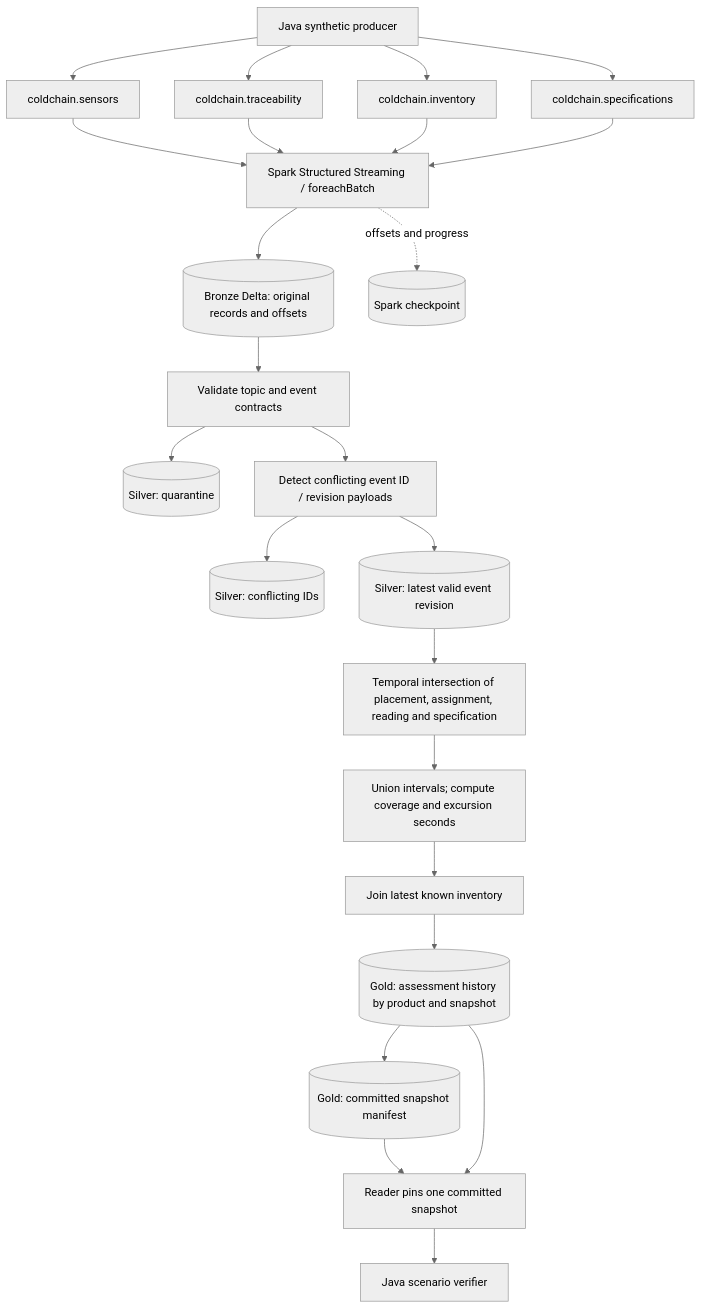
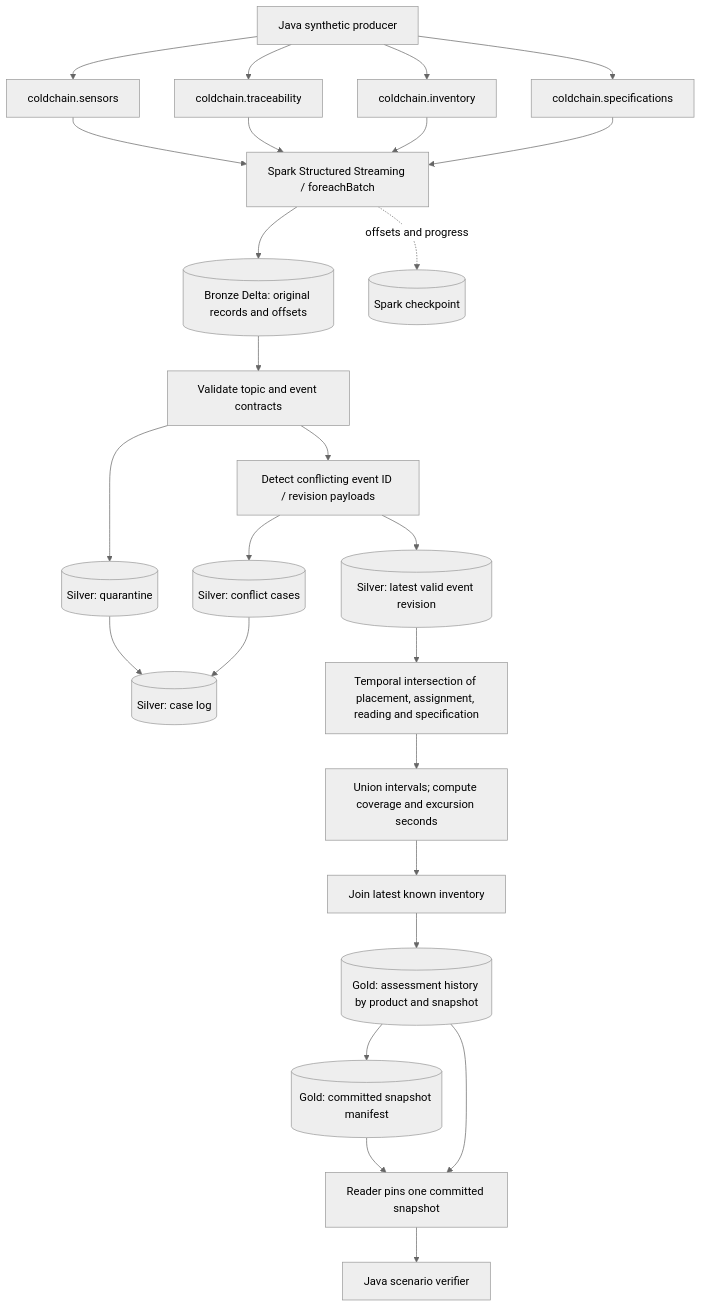
One commit to rmansoor/pharma-cold-chain changed the first of 2 diagrams in docs/architecture.md. Above: the diagram before and after it, drawn with Mermaid (neutral theme). The commit also changed other lines of this file and 10 other files, not shown here.

First line of the commit message:
SID-16: Silver reason codes, conflict cases and resolution audit

````diff
--- a/docs/architecture.md
+++ b/docs/architecture.md
@@ -13,26 +13,28 @@
 ```mermaid
 flowchart TD
   SIM[Java synthetic producer] --> S[coldchain.sensors]
   SIM --> T[coldchain.traceability]
   SIM --> I[coldchain.inventory]
   SIM --> P[coldchain.specifications]
   S --> ING[Spark Structured Streaming / foreachBatch]
   T --> ING
   I --> ING
   P --> ING
   ING --> B[(Bronze Delta: original records and offsets)]
   B --> V[Validate topic and event contracts]
   V --> Q[(Silver: quarantine)]
   V --> C[Detect conflicting event ID / revision payloads]
-  C --> CQ[(Silver: conflicting IDs)]
+  C --> CQ[(Silver: conflict cases)]
+  Q --> L[(Silver: case log)]
+  CQ --> L
   C --> E[(Silver: latest valid event revision)]
   E --> J[Temporal intersection of placement, assignment, reading and specification]
   J --> U[Union intervals; compute coverage and excursion seconds]
   U --> INV[Join latest known inventory]
   INV --> H[(Gold: assessment history by product and snapshot)]
   H --> M[(Gold: committed snapshot manifest)]
   M --> R[Reader pins one committed snapshot]
   H --> R
   R --> VERIFY[Java scenario verifier]
   ING -. offsets and progress .-> CK[(Spark checkpoint)]
 ```
````
